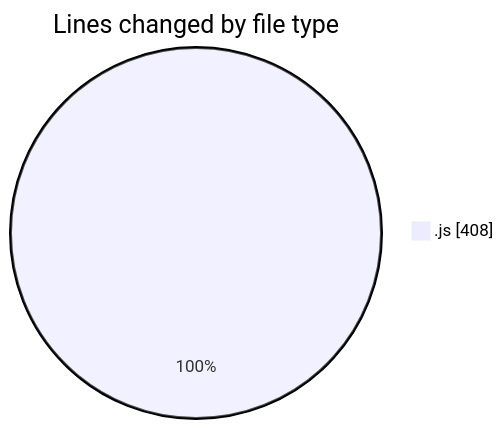
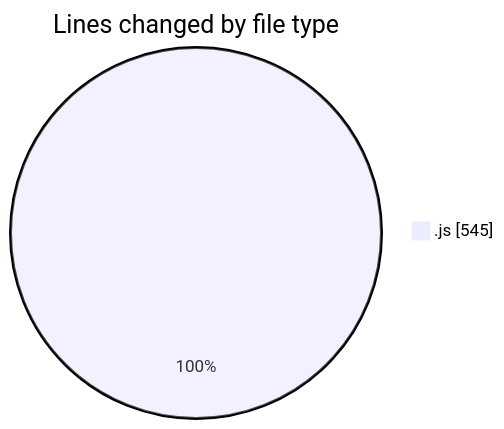
Before and after one commit to nxtqubesakshisongat/code-tracking: the first of 2 diagrams in 2025-07-23/nxtqube_webapp/README.md, drawn with Mermaid. The commit also changed other lines of this file and 1 other file, not shown here.

````diff
--- a/2025-07-23/nxtqube_webapp/README.md
+++ b/2025-07-23/nxtqube_webapp/README.md
@@ -20,5 +20,5 @@
 ```mermaid
 pie showData
 title Lines changed by file type
-".js" : 408
+".js" : 545
 ```
````
